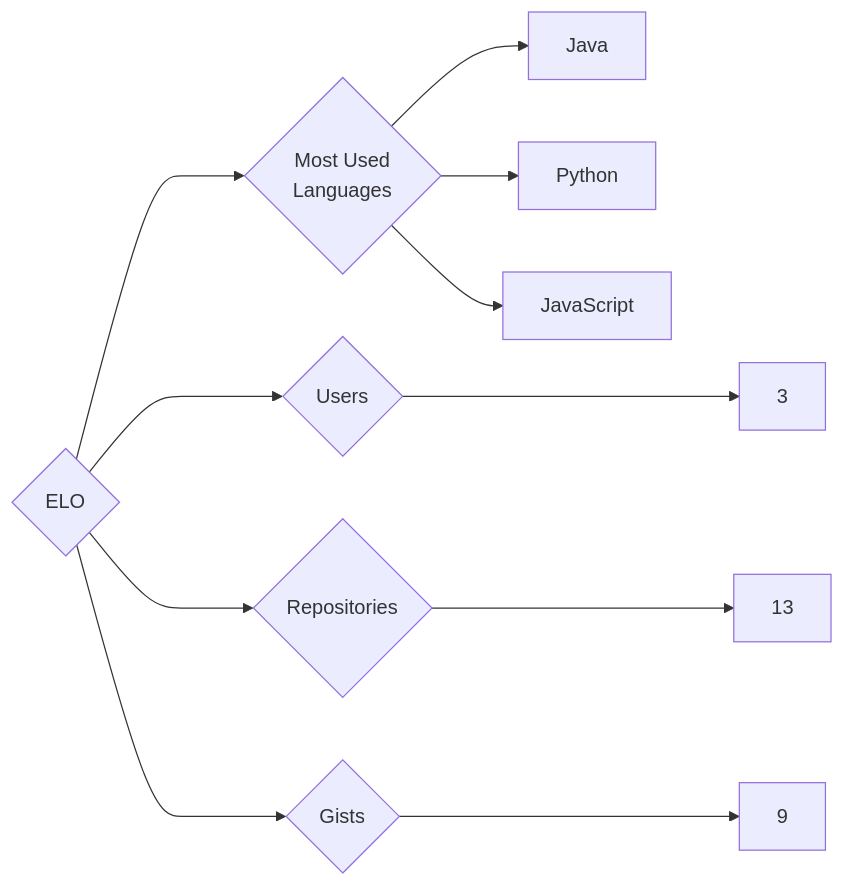
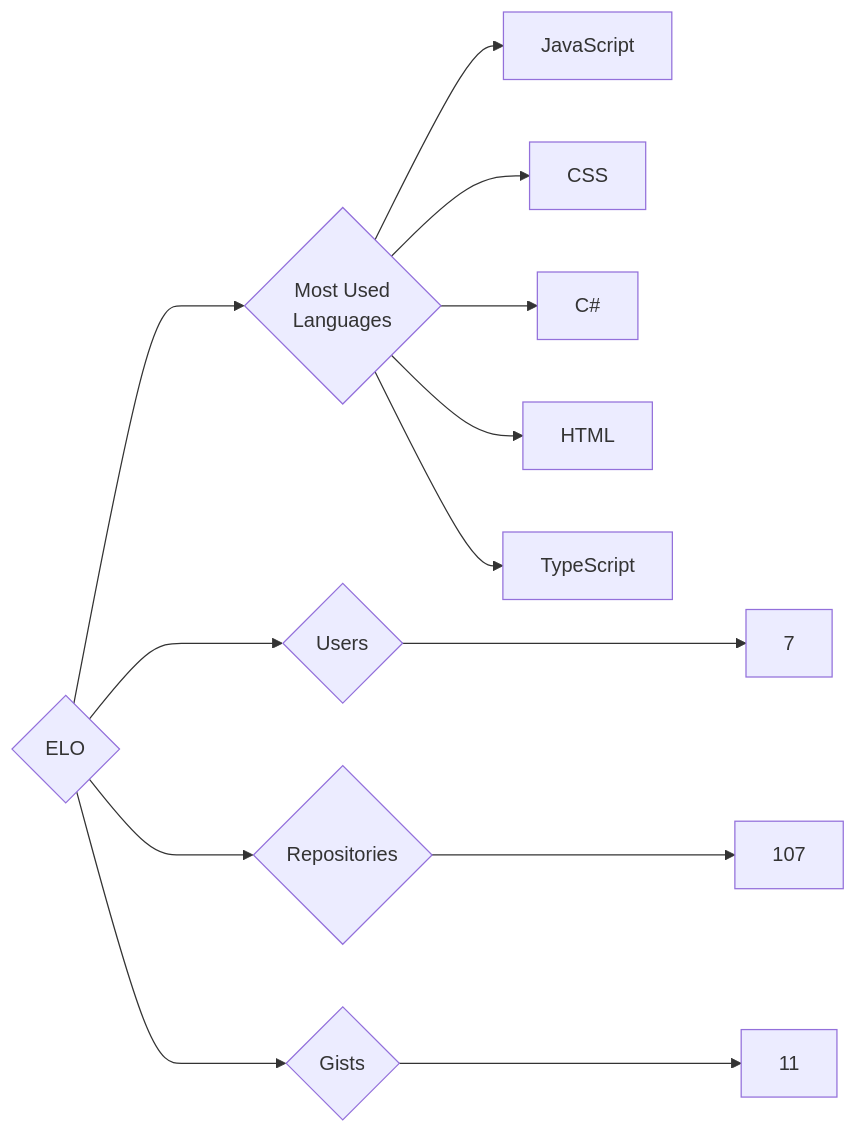
The diagram in targets/ELO/README.md (trickest/insiders), drawn with Mermaid before and after one commit. The commit also changed 857 other files, not shown here.

````diff
--- a/targets/ELO/README.md
+++ b/targets/ELO/README.md
@@ -3,11 +3,13 @@
 ```mermaid
 graph LR
 COMPANY_NAME{ELO}
-COMPANY_NAME ---> U{Users} ---> UN[3]
-COMPANY_NAME ---> R{Repositories} ---> RN[13]
-COMPANY_NAME ---> G{Gists} ---> GN[9]
+COMPANY_NAME ---> U{Users} ---> UN[7]
+COMPANY_NAME ---> R{Repositories} ---> RN[107]
+COMPANY_NAME ---> G{Gists} ---> GN[11]
 COMPANY_NAME ---> ML{Most Used<br>Languages}
-ML --> Java[Java]
-ML --> Python[Python]
 ML --> JavaScript[JavaScript]
+ML --> CSS[CSS]
+ML --> C#[C#]
+ML --> HTML[HTML]
+ML --> TypeScript[TypeScript]
 ```
````
